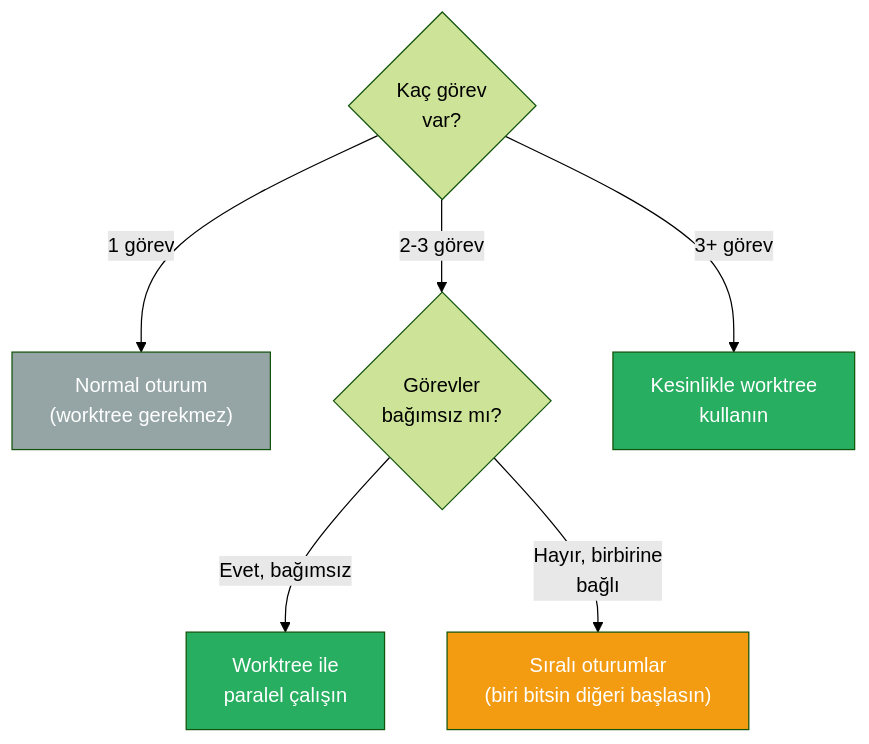
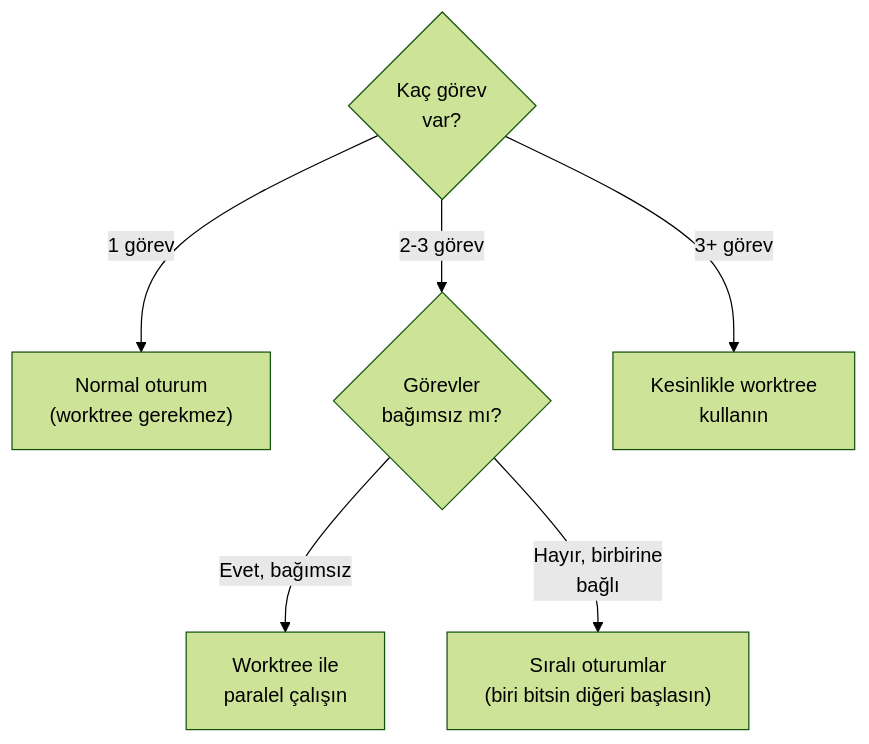
One commit to IzzetYasinAtes/ClaudeCodeHandbook changed the seventh of 7 diagrams in 09-bellek-ve-baglam/08-worktree-ile-paralel-calisma.md. Above: the diagram before and after it, drawn with Mermaid (forest theme). The commit also changed other lines of this file and 97 other files, not shown here.

Commit message:
Remove all custom Mermaid style/fill colors from 98 markdown files for consistent dark theme rendering

````diff
--- a/09-bellek-ve-baglam/08-worktree-ile-paralel-calisma.md
+++ b/09-bellek-ve-baglam/08-worktree-ile-paralel-calisma.md
@@ -339,14 +329,10 @@
 ```mermaid
 flowchart TD
     Q1{"Kaç görev<br/>var?"} -->|"1 görev"| NORMAL["Normal oturum<br/>(worktree gerekmez)"]
     Q1 -->|"2-3 görev"| Q2{"Görevler<br/>bağımsız mı?"}
     Q1 -->|"3+ görev"| MULTI["Kesinlikle worktree<br/>kullanın"]
 
     Q2 -->|"Evet, bağımsız"| WORKTREE["Worktree ile<br/>paralel çalışın"]
     Q2 -->|"Hayır, birbirine<br/>bağlı"| SERIAL["Sıralı oturumlar<br/>(biri bitsin diğeri başlasın)"]
 
-    style NORMAL fill:#95A5A6,color:#fff
-    style WORKTREE fill:#27AE60,color:#fff
-    style MULTI fill:#27AE60,color:#fff
-    style SERIAL fill:#F39C12,color:#fff
 ```
````
